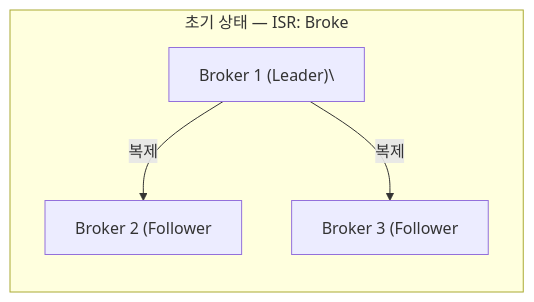
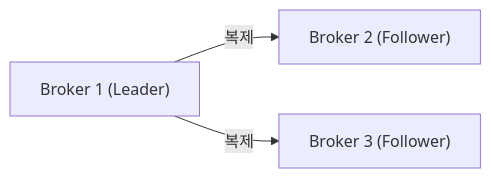
The first of 21 diagrams in _posts/kafka/2026-05-01-kafka-extreme-scenarios.md (yjkim2015/yjkim2015.github.io), drawn with Mermaid before and after one commit. The commit also changed other lines of this file and 155 other files, not shown here.

First line of the commit message:
Mermaid 전면 수정: subgraph 제거, participant/노드/줄수 축소 (342블록)

````diff
--- a/_posts/kafka/2026-05-01-kafka-extreme-scenarios.md
+++ b/_posts/kafka/2026-05-01-kafka-extreme-scenarios.md
@@ -24,10 +24,5 @@
 ```mermaid
 graph LR
-    subgraph initial["초기 상태 — ISR: Broke"]
-        B1["Broker 1 (Leader)\"]
-        B2["Broker 2 (Follower"]
-        B3["Broker 3 (Follower"]
-        B1 -->|복제| B2
-        B1 -->|복제| B3
-    end
+    B1["Broker 1 (Leader)"] -->|복제| B2["Broker 2 (Follower)"]
+    B1 -->|복제| B3["Broker 3 (Follower)"]
 ```
````
